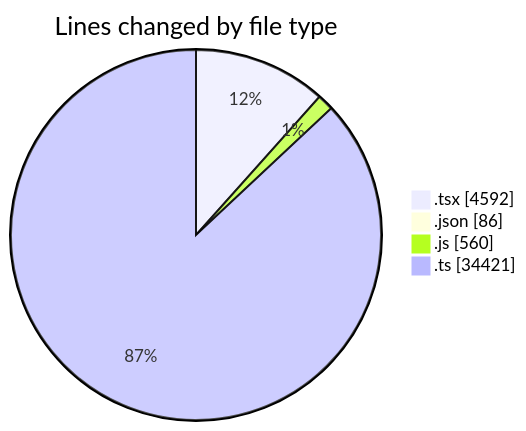
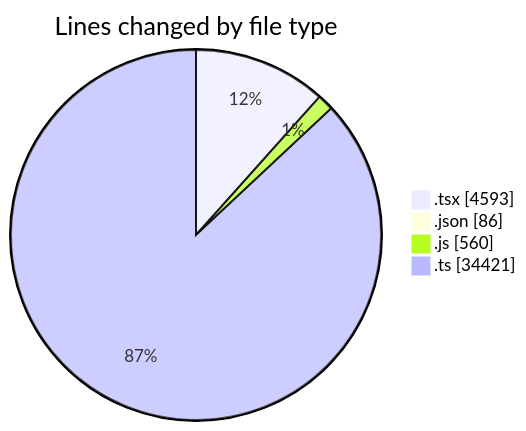
One commit to momahboobian/code-tracking changed the first of 2 diagrams in 2025-11-10/cda/README.md. Above: the diagram before and after it, drawn with Mermaid. The commit also changed other lines of this file and 1 other file, not shown here.

````diff
--- a/2025-11-10/cda/README.md
+++ b/2025-11-10/cda/README.md
@@ -42,8 +42,8 @@
 ```mermaid
 pie showData
 title Lines changed by file type
-".tsx" : 4592
+".tsx" : 4593
 ".json" : 86
 ".js" : 560
 ".ts" : 34421
 ```
````
